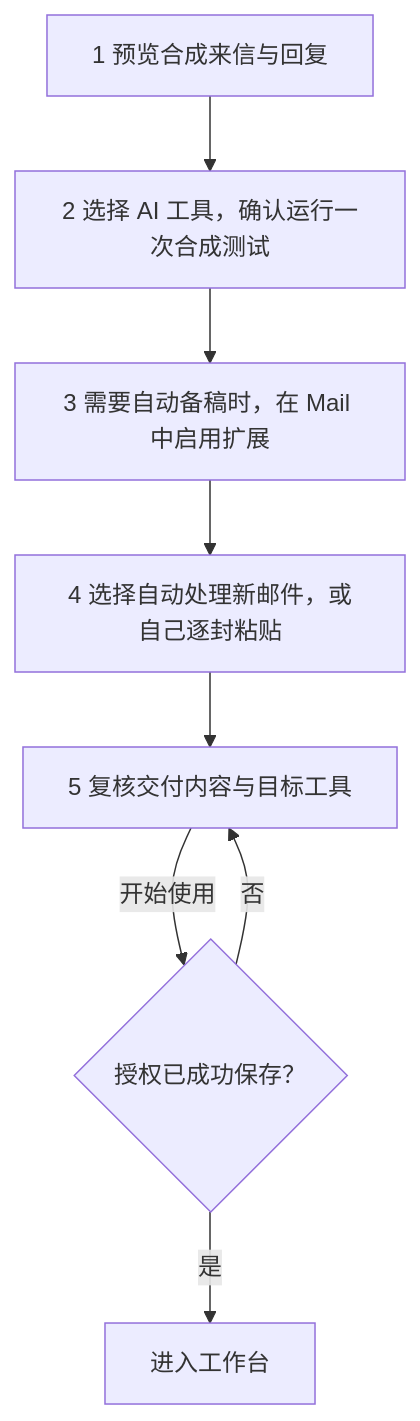
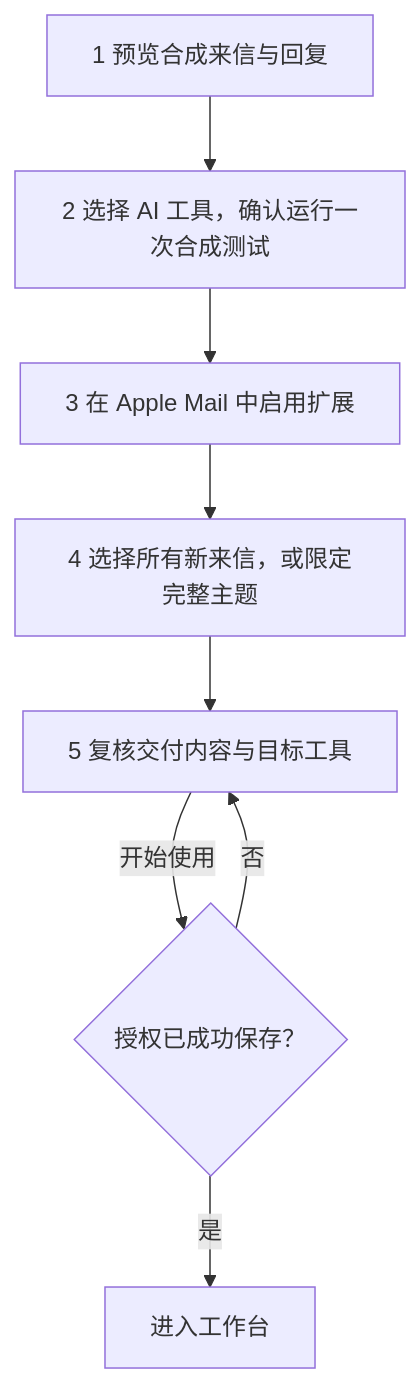
The diagram in docs/onboarding.md (cobbcheng/Mailpipe), drawn with Mermaid before and after one commit. The commit also changed other lines of this file and 20 other files, not shown here.

````diff
--- a/docs/onboarding.md
+++ b/docs/onboarding.md
@@ -98,10 +98,10 @@
 ```mermaid
 flowchart TD
   A["1 预览合成来信与回复"] --> B["2 选择 AI 工具，确认运行一次合成测试"]
-  B --> C["3 需要自动备稿时，在 Mail 中启用扩展"]
-  C --> D["4 选择自动处理新邮件，或自己逐封粘贴"]
+  B --> C["3 在 Apple Mail 中启用扩展"]
+  C --> D["4 选择所有新来信，或限定完整主题"]
   D --> E["5 复核交付内容与目标工具"]
   E -- "开始使用" --> F{"授权已成功保存？"}
   F -- "是" --> G["进入工作台"]
   F -- "否" --> E
 ```
````
